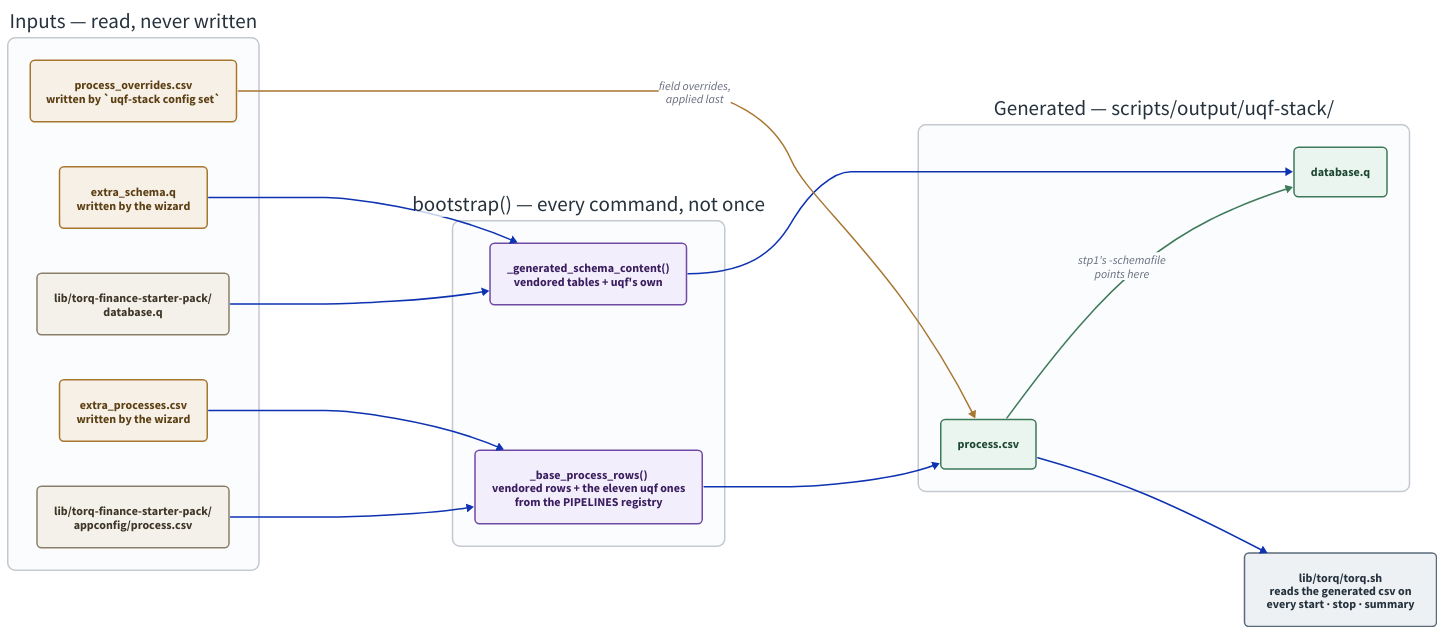
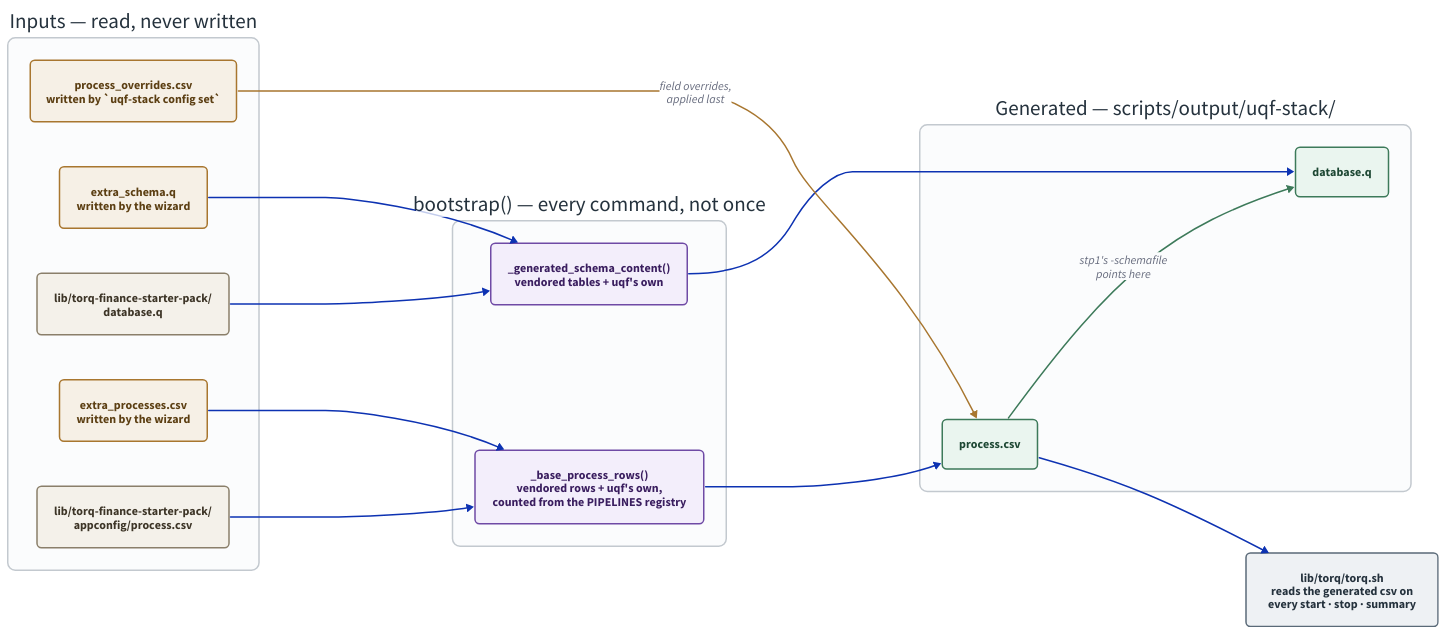
Before and after one commit to kwojdalski/uqf: the diagram in docs/diagrams/config-generation.d2, drawn with D2. The commit also changed 19 other files, not shown here.

```diff
--- a/docs/diagrams/config-generation.d2
+++ b/docs/diagrams/config-generation.d2
@@ -1,128 +1,128 @@
 # config-generation.d2 - how the vendored TorQ config becomes the config the
 # stack actually runs on.
 #
 # Rendered by scripts/generate/render_diagrams.py, which CI runs with
 # --check. Embedded from docs/integrations/torq/README.md.
 #
 # THE RULE THIS DRAWS is H-01: the vendored trees are never written to. Read
 # the vendored file fresh, generate an extended copy, point the running
 # process at the copy. An edit to lib/ would work until the next upgrade and
 # then be silently lost, which is the failure the whole arrangement exists
 # to make impossible.
 #
 # The other thing worth seeing is that there is no setup step. bootstrap()
 # regenerates both outputs on EVERY command - start, stop, summary, all of
 # them - so the generated files are always a fresh function of the vendored
 # tree plus the three small tracked extension files. Nothing here is a state
 # you can get out of sync; the only way to change the output is to change an
 # input.
 
 direction: right
 
 vars: {
   d2-config: {
     pad: 40
   }
 }
 
 classes: {
   vendored: {
     style: {
       fill: "#f4f1ea"
       stroke: "#8a7f6a"
       font-color: "#3d3527"
       border-radius: 6
     }
   }
   tracked: {
     style: {
       fill: "#f6f0e6"
       stroke: "#a8762f"
       font-color: "#5c3f13"
       border-radius: 6
     }
   }
   step: {
     style: {
       fill: "#f3eefb"
       stroke: "#6f4aa5"
       font-color: "#3a1e5f"
       border-radius: 6
     }
   }
   generated: {
     style: {
       fill: "#eaf5ef"
       stroke: "#3d7a5a"
       font-color: "#1d4733"
       border-radius: 6
     }
   }
   consumer: {
     style: {
       fill: "#eef1f4"
       stroke: "#5a6a78"
       font-color: "#25323d"
       border-radius: 6
     }
   }
 }
 
 inputs: "Inputs — read, never written" {
   style: {
     fill: "#fbfcfd"
     stroke: "#c3c9cf"
     stroke-width: 2
     border-radius: 10
     font-color: "#25323d"
   }
 
   # Declared in the order they are consumed - the process.csv inputs, then
   # the database.q ones - so dagre keeps each group near the step it feeds.
   vendored_csv: "lib/torq-finance-starter-pack/\nappconfig/process.csv" { class: vendored }
   extra_procs: "extra_processes.csv\nwritten by the wizard" { class: tracked }
   overrides: "process_overrides.csv\nwritten by `uqf-stack config set`" { class: tracked }
   vendored_schema: "lib/torq-finance-starter-pack/\ndatabase.q" { class: vendored }
   extra_schema: "extra_schema.q\nwritten by the wizard" { class: tracked }
 }
 
 bootstrap: "bootstrap() — every command, not once" {
   style: {
     fill: "#fbfcfd"
     stroke: "#c3c9cf"
     stroke-width: 2
     border-radius: 10
     font-color: "#25323d"
   }
 
-  rows: "_base_process_rows()\nvendored rows + the eleven uqf ones\nfrom the PIPELINES registry" { class: step }
+  rows: "_base_process_rows()\nvendored rows + uqf's own,\ncounted from the PIPELINES registry" { class: step }
   schema: "_generated_schema_content()\nvendored tables + uqf's own" { class: step }
 }
 
 outputs: "Generated — scripts/output/uqf-stack/" {
   style: {
     fill: "#fbfcfd"
     stroke: "#c3c9cf"
     stroke-width: 2
     border-radius: 10
     font-color: "#25323d"
   }
 
   gen_csv: "process.csv" { class: generated }
   gen_schema: "database.q" { class: generated }
 
   gen_csv -> gen_schema: "stp1's -schemafile\npoints here" { style.stroke: "#3d7a5a" }
 }
 
 torqsh: "lib/torq/torq.sh\nreads the generated csv on\nevery start · stop · summary" { class: consumer }
 
 inputs.vendored_csv -> bootstrap.rows
 inputs.extra_procs -> bootstrap.rows
 inputs.vendored_schema -> bootstrap.schema
 inputs.extra_schema -> bootstrap.schema
 
 bootstrap.rows -> outputs.gen_csv
 bootstrap.schema -> outputs.gen_schema
 inputs.overrides -> outputs.gen_csv: "field overrides,\napplied last" { style.stroke: "#a8762f" }
 
 outputs.gen_csv -> torqsh
```
